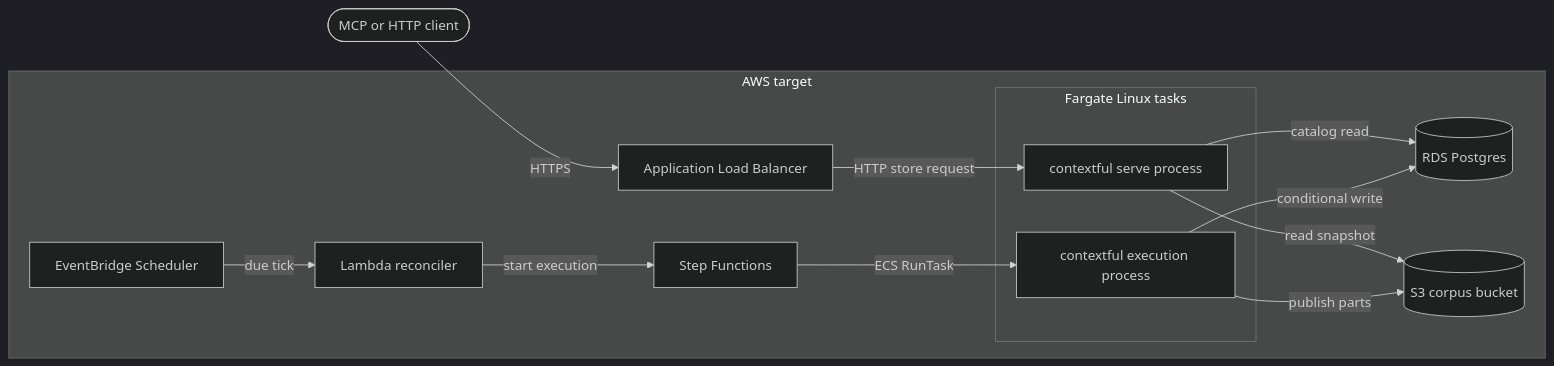
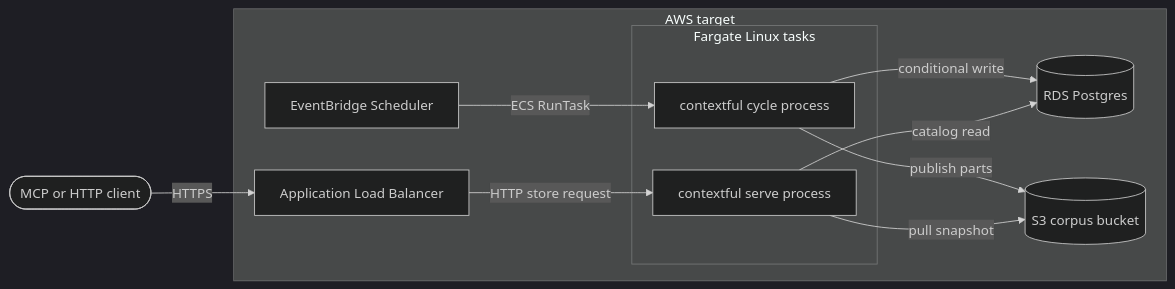
One commit to fractalboxdev/contextful changed the first of 3 diagrams in spec/targets.md. Above: the diagram before and after it, drawn with Mermaid (dark theme). The commit also changed other lines of this file and 16 other files, not shown here.

````diff
--- a/spec/targets.md
+++ b/spec/targets.md
@@ -29,25 +29,21 @@
 ```mermaid
 flowchart LR
   CALLER(["MCP or HTTP client"]):::muted
   subgraph ACCOUNT["AWS target"]
     TICK["EventBridge Scheduler"]:::accent
-    REC["Lambda reconciler"]:::accent
-    ORCH["Step Functions"]:::accent
     ALB["Application Load Balancer"]:::accent
     subgraph TASK["Fargate Linux tasks"]
+      CYCLE["contextful cycle process"]:::accent
       QUERY["contextful serve process"]:::accent
-      RUN["contextful execution process"]:::accent
     end
     CAT[("RDS Postgres")]:::store
     OBJ[("S3 corpus bucket")]:::store
   end
-  TICK -- "due tick" --> REC
-  REC -- "start execution" --> ORCH
-  ORCH -- "ECS RunTask" --> RUN
+  TICK -- "ECS RunTask" --> CYCLE
   CALLER -- "HTTPS" --> ALB
   ALB -- "HTTP store request" --> QUERY
-  QUERY -- "read snapshot" --> OBJ
+  CYCLE -- "conditional write" --> CAT
+  CYCLE -- "publish parts" --> OBJ
+  QUERY -- "pull snapshot" --> OBJ
   QUERY -- "catalog read" --> CAT
-  RUN -- "conditional write" --> CAT
-  RUN -- "publish parts" --> OBJ
 ```
````
